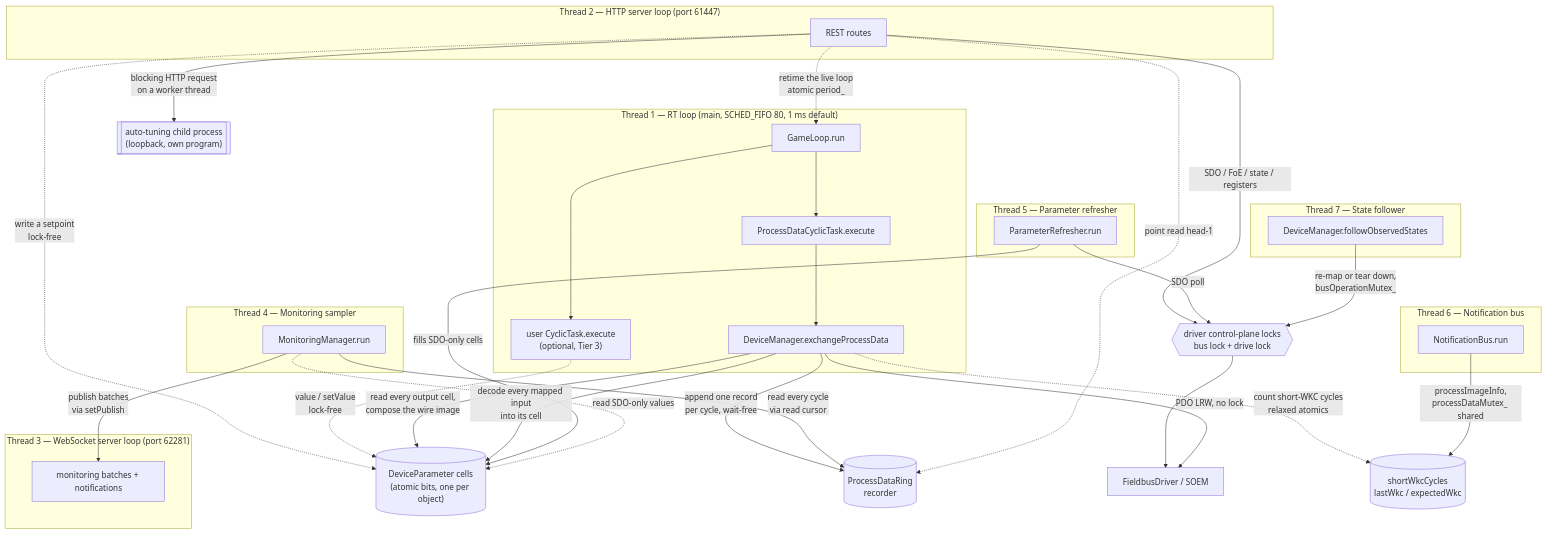
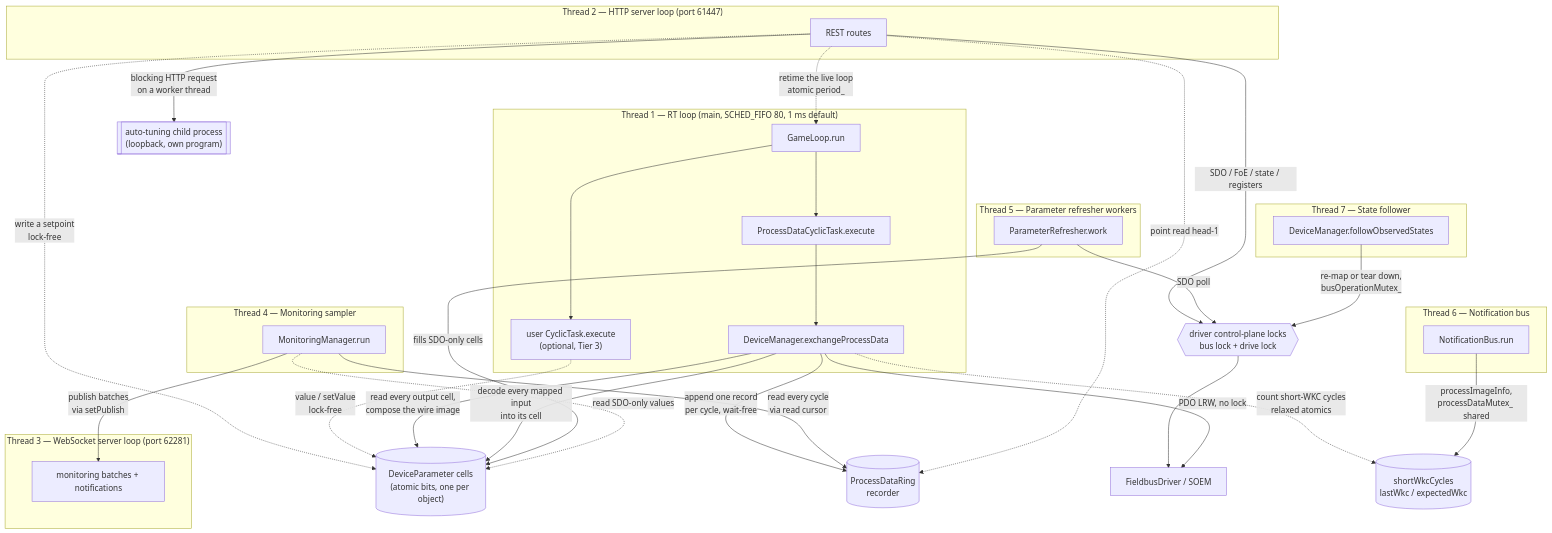
The diagram in docs/THREADS.md (synapticon/motion-master), drawn with Mermaid before and after one commit. The commit also changed other lines of this file and 8 other files, not shown here.

````diff
--- a/docs/THREADS.md
+++ b/docs/THREADS.md
@@ -56,46 +56,46 @@
 ```mermaid
 flowchart TB
     subgraph RT["Thread 1 — RT loop (main, SCHED_FIFO 80, 1 ms default)"]
         GL[GameLoop.run] --> PDT[ProcessDataCyclicTask.execute]
         PDT --> EPD[DeviceManager.exchangeProcessData]
         GL --> UT["user CyclicTask.execute<br/>(optional, Tier 3)"]
     end
     subgraph HSRV["Thread 2 — HTTP server loop (port 61447)"]
         HTTP[REST routes]
     end
     subgraph WSRV["Thread 3 — WebSocket server loop (port 62281)"]
         WS[monitoring batches + notifications]
     end
     subgraph SAMP["Thread 4 — Monitoring sampler"]
         MS[MonitoringManager.run]
     end
-    subgraph REF["Thread 5 — Parameter refresher"]
-        PR[ParameterRefresher.run]
+    subgraph REF["Thread 5 — Parameter refresher workers"]
+        PR[ParameterRefresher.work]
     end
     subgraph NB["Thread 6 — Notification bus"]
         BH[NotificationBus.run]
     end
     subgraph SF["Thread 7 — State follower"]
         FS[DeviceManager.followObservedStates]
     end
 
     HTTP -.->|write a setpoint<br/>lock-free| CELLS[("DeviceParameter cells<br/>(atomic bits, one per object)")]
     HTTP -.->|retime the live loop<br/>atomic period_| GL
     UT -.->|value / setValue<br/>lock-free| CELLS
     EPD -->|read every output cell,<br/>compose the wire image| CELLS
     EPD -->|decode every mapped input<br/>into its cell| CELLS
     EPD -->|append one record<br/>per cycle, wait-free| RING[(ProcessDataRing<br/>recorder)]
     MS -->|read every cycle<br/>via read cursor| RING
     HTTP -.->|point read head-1| RING
     HTTP -->|SDO / FoE / state / registers| SM{{driver control-plane locks<br/>bus lock + drive lock}}
     PR -->|SDO poll| SM
     SM --> DRV[FieldbusDriver / SOEM]
     EPD -->|PDO LRW, no lock| DRV
     MS -->|publish batches<br/>via setPublish| WS
     PR -->|fills SDO-only cells| CELLS
     MS -.->|read SDO-only values| CELLS
     EPD -.->|count short-WKC cycles<br/>relaxed atomics| WKC[("shortWkcCycles<br/>lastWkc / expectedWkc")]
     BH -->|processImageInfo,<br/>processDataMutex_ shared| WKC
     FS -->|re-map or tear down,<br/>busOperationMutex_| SM
     HTTP -->|blocking HTTP request<br/>on a worker thread| AT[["auto-tuning child process<br/>(loopback, own program)"]]
 ```
````
